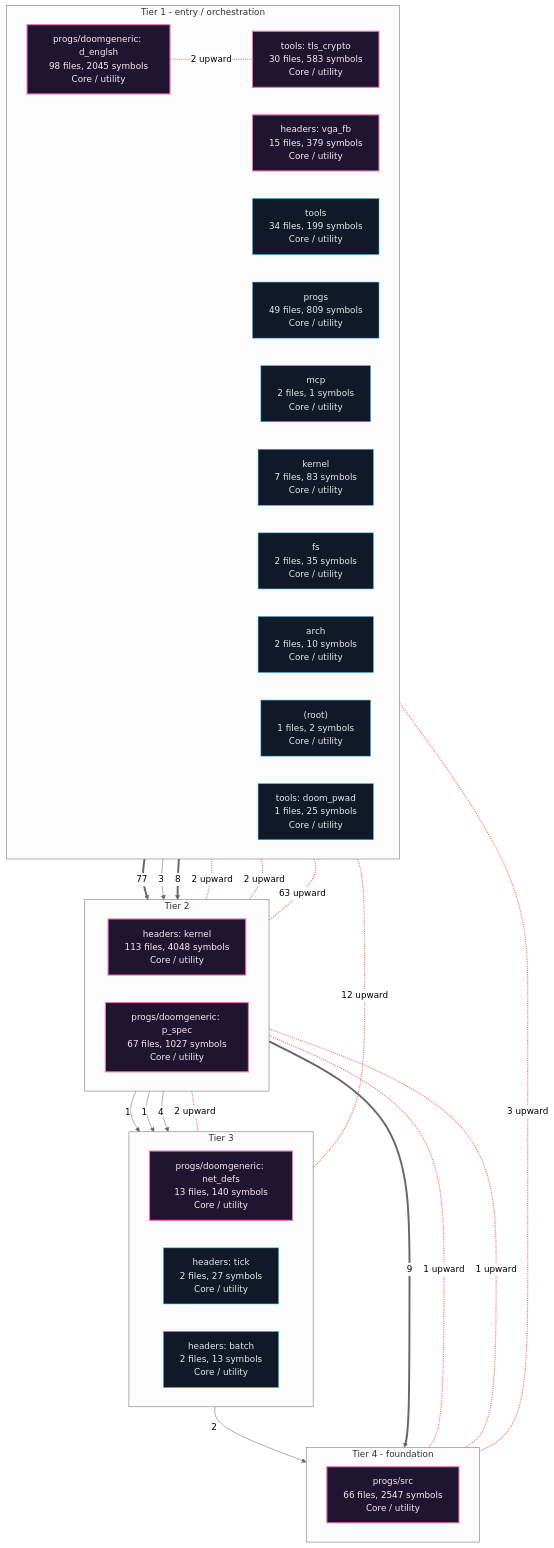
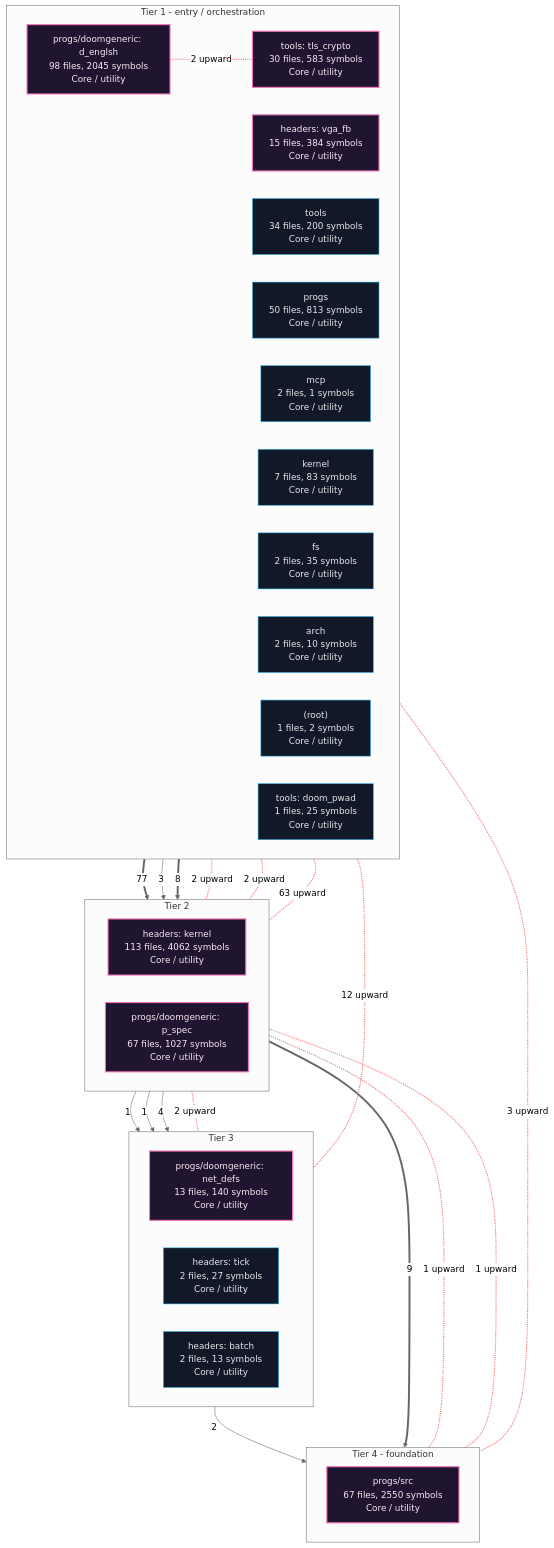
One commit to grisuno/miniOS changed the first of 5 diagrams in readmenator-apidocs/architecture.md. Above: the diagram before and after it, drawn with Mermaid (neutral theme). The commit also changed 286 other files, not shown here.

````diff
--- a/readmenator-apidocs/architecture.md
+++ b/readmenator-apidocs/architecture.md
@@ -11,55 +11,55 @@
 ```mermaid
 flowchart TB
     classDef cycle fill:#1f1530,stroke:#f472b6,color:#fce7f3,stroke-width:2px;
     classDef default fill:#111827,stroke:#38bdf8,color:#e5e7eb;
     subgraph lane_0["Tier 1 - entry / orchestration"]
         direction LR
         n_c1["progs/doomgeneric: d_englsh<br/>98 files, 2045 symbols<br/>Core / utility"]:::cycle
         n_c4["tools: tls_crypto<br/>30 files, 583 symbols<br/>Core / utility"]:::cycle
-        n_c5["headers: vga_fb<br/>15 files, 379 symbols<br/>Core / utility"]:::cycle
-        n_d_tools["tools<br/>34 files, 199 symbols<br/>Core / utility"]:::default
-        n_d_progs["progs<br/>49 files, 809 symbols<br/>Core / utility"]:::default
+        n_c5["headers: vga_fb<br/>15 files, 384 symbols<br/>Core / utility"]:::cycle
+        n_d_tools["tools<br/>34 files, 200 symbols<br/>Core / utility"]:::default
+        n_d_progs["progs<br/>50 files, 813 symbols<br/>Core / utility"]:::default
         n_d_mcp["mcp<br/>2 files, 1 symbols<br/>Core / utility"]:::default
         n_d_kernel["kernel<br/>7 files, 83 symbols<br/>Core / utility"]:::default
         n_d_fs["fs<br/>2 files, 35 symbols<br/>Core / utility"]:::default
         n_d_arch["arch<br/>2 files, 10 symbols<br/>Core / utility"]:::default
         n_d__root_["(root)<br/>1 files, 2 symbols<br/>Core / utility"]:::default
         n_c9["tools: doom_pwad<br/>1 files, 25 symbols<br/>Core / utility"]:::default
     end
     subgraph lane_1["Tier 2"]
         direction LR
-        n_c0["headers: kernel<br/>113 files, 4048 symbols<br/>Core / utility"]:::cycle
+        n_c0["headers: kernel<br/>113 files, 4062 symbols<br/>Core / utility"]:::cycle
         n_c3["progs/doomgeneric: p_spec<br/>67 files, 1027 symbols<br/>Core / utility"]:::cycle
     end
     subgraph lane_2["Tier 3"]
         direction LR
         n_c6["progs/doomgeneric: net_defs<br/>13 files, 140 symbols<br/>Core / utility"]:::cycle
         n_c8["headers: tick<br/>2 files, 27 symbols<br/>Core / utility"]:::default
         n_c7["headers: batch<br/>2 files, 13 symbols<br/>Core / utility"]:::default
     end
     subgraph lane_3["Tier 4 - foundation"]
         direction LR
-        n_c2["progs/src<br/>66 files, 2547 symbols<br/>Core / utility"]:::cycle
+        n_c2["progs/src<br/>67 files, 2550 symbols<br/>Core / utility"]:::cycle
     end
     n_c0 ==>|"9"| n_c2
     n_c0 -->|"1"| n_c7
     n_c0 -->|"1"| n_c8
     n_c1 ==>|"77"| n_c3
     n_c3 -->|"4"| n_c6
     n_c4 -->|"3"| n_c0
     n_c5 ==>|"8"| n_c0
     n_c6 -->|"2"| n_c2
     n_c4 <-.-|"2 upward"| n_c0
     n_c5 <-.-|"2 upward"| n_c0
     n_c0 <-.-|"1 upward"| n_c2
     n_c1 <-.-|"3 upward"| n_c2
     n_c3 <-.-|"1 upward"| n_c2
     n_c1 <-.-|"63 upward"| n_c3
     n_c1 <-.-|"2 upward"| n_c4
     n_c1 <-.-|"12 upward"| n_c6
     n_c3 <-.-|"2 upward"| n_c6
     linkStyle 8,9,10,11,12,13,14,15,16 stroke:#f87171,stroke-width:2px;
     n_c1 ~~~ n_c0
     n_c0 ~~~ n_c6
     n_c6 ~~~ n_c2
 ```
````
